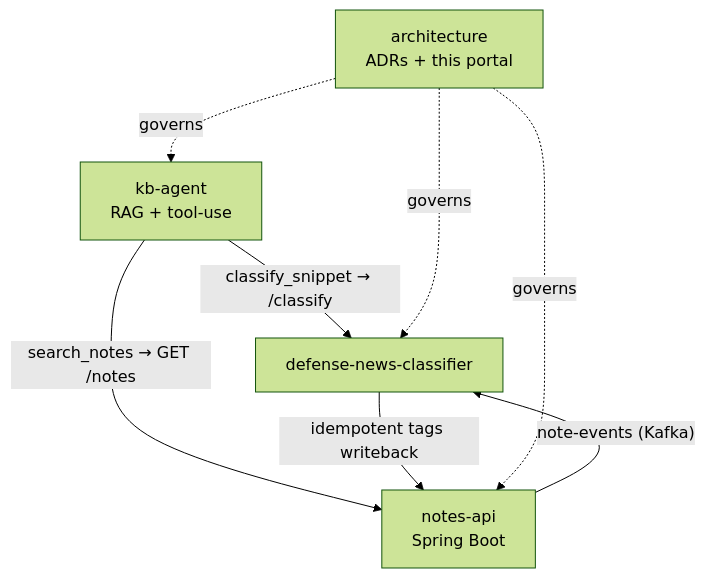
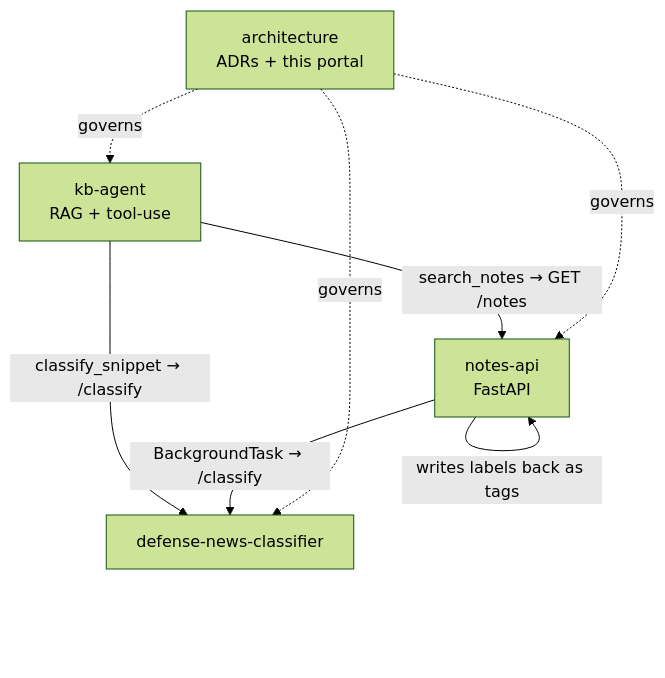
The diagram in portal_src/index.md (sanlee-ys/architecture), drawn with Mermaid (forest theme) before and after one commit. The commit also changed 6 other files, not shown here.

First line of the commit message:
docs: reconcile source-of-truth paths + diagram flow for BackgroundTask model

````diff
--- a/portal_src/index.md
+++ b/portal_src/index.md
@@ -6,10 +6,10 @@
 ```mermaid
 graph TD
   KB["kb-agent<br/>RAG + tool-use"] -->|"classify_snippet → /classify"| DNC["defense-news-classifier"]
-  KB -->|"search_notes → GET /notes"| API["notes-api<br/>Spring Boot"]
-  API -->|"note-events (Kafka)"| DNC
-  DNC -->|"idempotent tags writeback"| API
+  KB -->|"search_notes → GET /notes"| API["notes-api<br/>FastAPI"]
+  API -->|"BackgroundTask → /classify"| DNC
+  API -->|"writes labels back as tags"| API
   ARCH["architecture<br/>ADRs + this portal"] -.->|"governs"| KB
   ARCH -.->|"governs"| API
   ARCH -.->|"governs"| DNC
 ```
````
